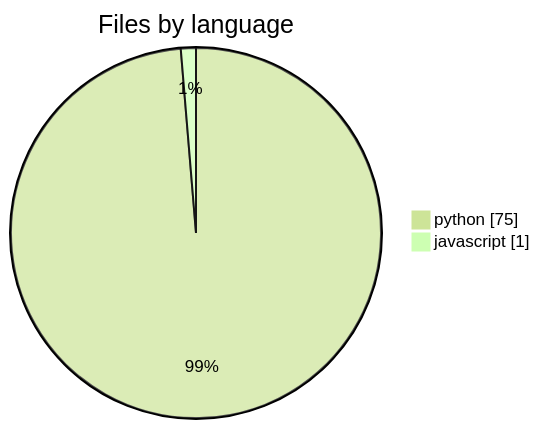
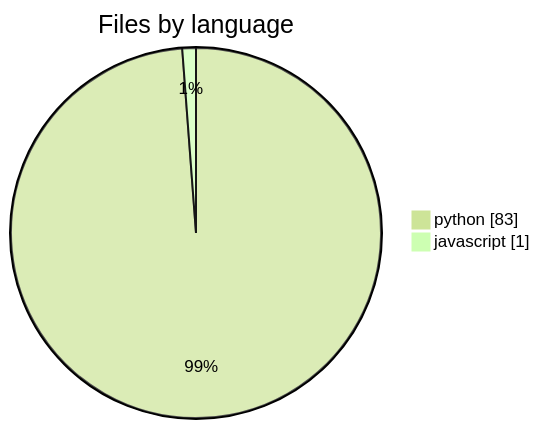
Before and after one commit to wolframs/jspace-probes: the fourth of 6 diagrams in .mentis/context/architecture.md, drawn with Mermaid (forest theme). The commit also changed other lines of this file and 1195 other files, not shown here.

````diff
--- a/.mentis/context/architecture.md
+++ b/.mentis/context/architecture.md
@@ -38,5 +38,5 @@
 ```mermaid
 pie showData title Files by language
-    "python" : 75
+    "python" : 83
     "javascript" : 1
 ```
````
